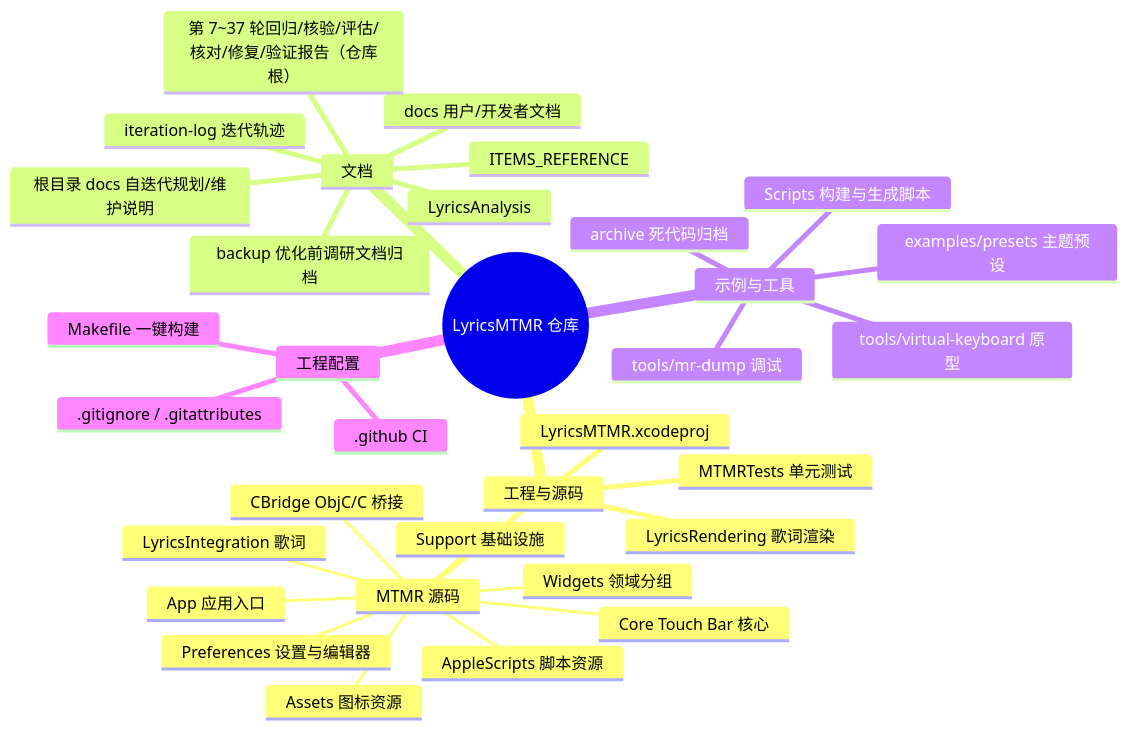
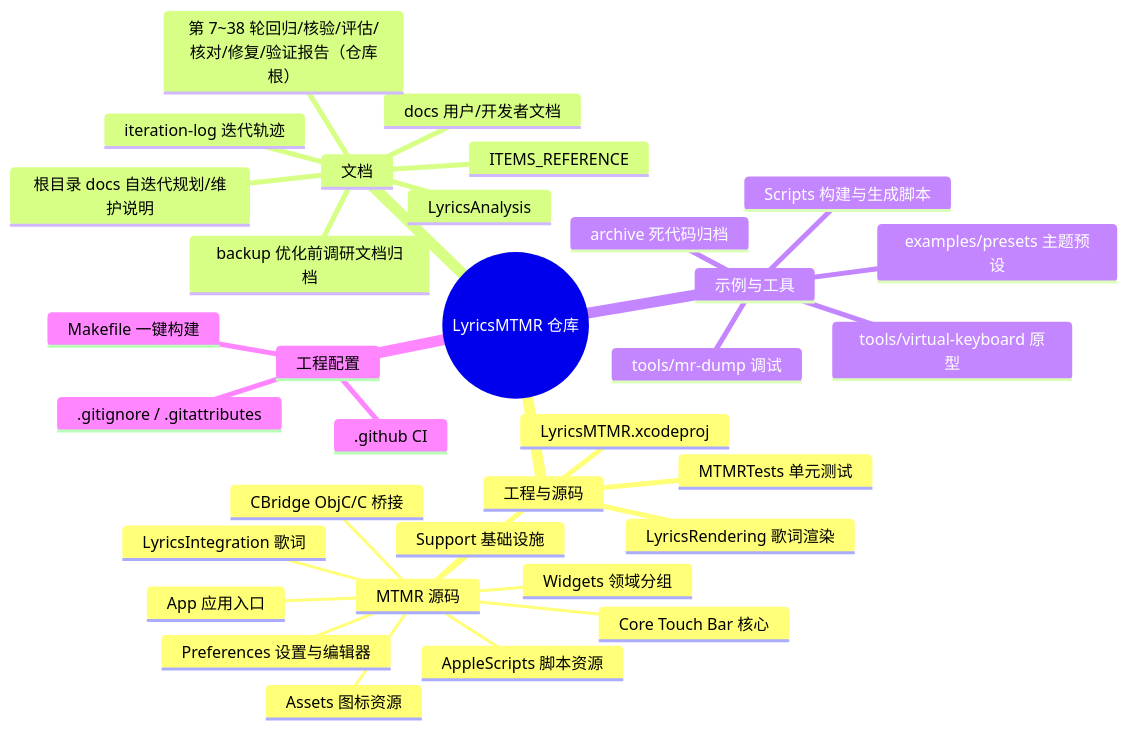
Before and after one commit to Tangzishun-Li/LyricsMTMR: the first of 2 diagrams in LyricsMTMR/docs/file-structure.zh.md, drawn with Mermaid. The commit also changed other lines of this file and 3 other files, not shown here.

````diff
--- a/LyricsMTMR/docs/file-structure.zh.md
+++ b/LyricsMTMR/docs/file-structure.zh.md
@@ -10,36 +10,36 @@
 ```mermaid
 mindmap
   root((LyricsMTMR 仓库))
     工程与源码
       LyricsMTMR.xcodeproj
       MTMR 源码
         App 应用入口
         Core Touch Bar 核心
         Support 基础设施
         Widgets 领域分组
         Preferences 设置与编辑器
         LyricsIntegration 歌词
         CBridge ObjC/C 桥接
         AppleScripts 脚本资源
         Assets 图标资源
       LyricsRendering 歌词渲染
       MTMRTests 单元测试
     文档
       docs 用户/开发者文档
       ITEMS_REFERENCE
       LyricsAnalysis
       backup 优化前调研文档归档
       iteration-log 迭代轨迹
       根目录 docs 自迭代规划/维护说明
-      第 7~37 轮回归/核验/评估/核对/修复/验证报告（仓库根）
+      第 7~38 轮回归/核验/评估/核对/修复/验证报告（仓库根）
     示例与工具
       examples/presets 主题预设
       tools/mr-dump 调试
       tools/virtual-keyboard 原型
       Scripts 构建与生成脚本
       archive 死代码归档
     工程配置
       .github CI
       .gitignore / .gitattributes
       Makefile 一键构建
 ```
````
